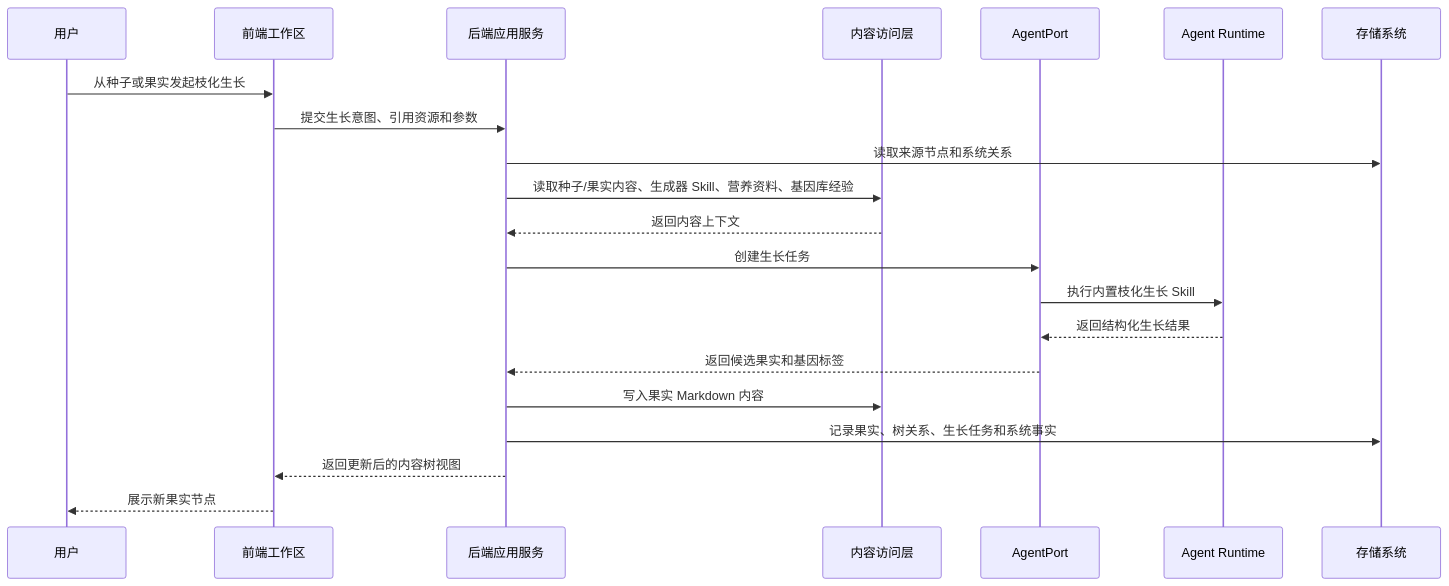
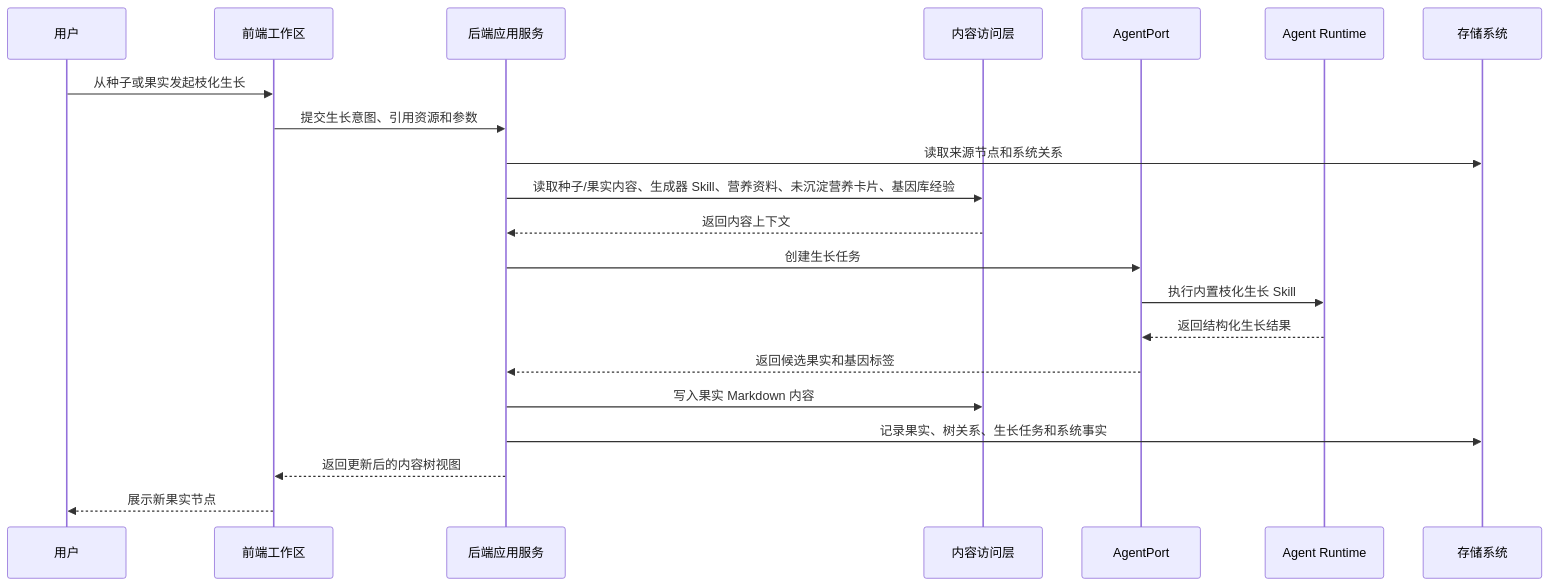
The third of 6 diagrams in docs/design/内容森林架构设计文档.md (Time-Machine-Lab/ContentForest), drawn with Mermaid before and after one commit. The commit also changed other lines of this file and 28 other files, not shown here.

````diff
--- a/docs/design/内容森林架构设计文档.md
+++ b/docs/design/内容森林架构设计文档.md
@@ -147,24 +147,24 @@
 ```mermaid
 sequenceDiagram
     participant U as 用户
     participant F as 前端工作区
     participant B as 后端应用服务
     participant C as 内容访问层
     participant A as AgentPort
     participant R as Agent Runtime
     participant S as 存储系统
 
     U->>F: 从种子或果实发起枝化生长
     F->>B: 提交生长意图、引用资源和参数
     B->>S: 读取来源节点和系统关系
-    B->>C: 读取种子/果实内容、生成器 Skill、营养资料、基因库经验
+    B->>C: 读取种子/果实内容、生成器 Skill、营养资料、未沉淀营养卡片、基因库经验
     C-->>B: 返回内容上下文
     B->>A: 创建生长任务
     A->>R: 执行内置枝化生长 Skill
     R-->>A: 返回结构化生长结果
     A-->>B: 返回候选果实和基因标签
     B->>C: 写入果实 Markdown 内容
     B->>S: 记录果实、树关系、生长任务和系统事实
     B-->>F: 返回更新后的内容树视图
     F-->>U: 展示新果实节点
 ```
````
